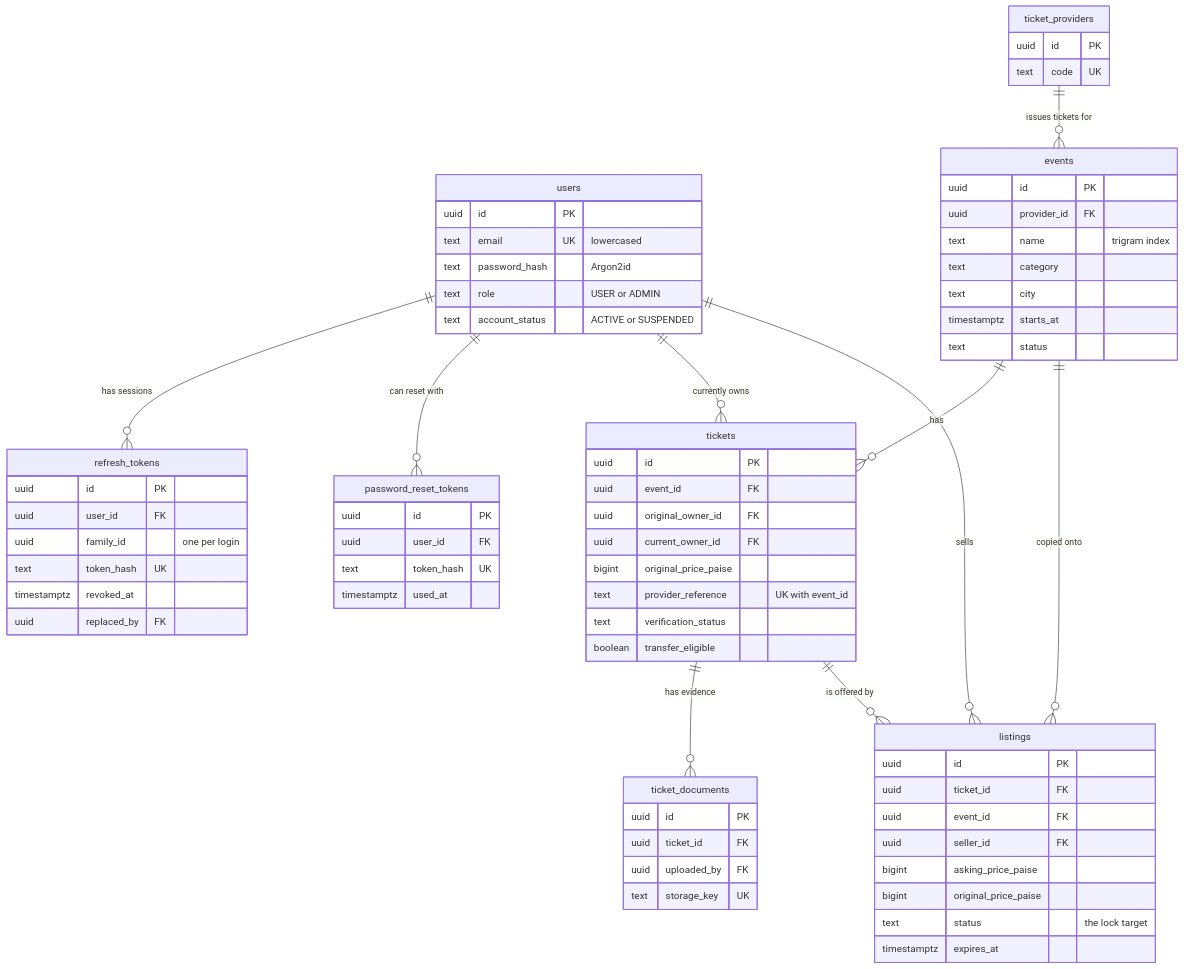
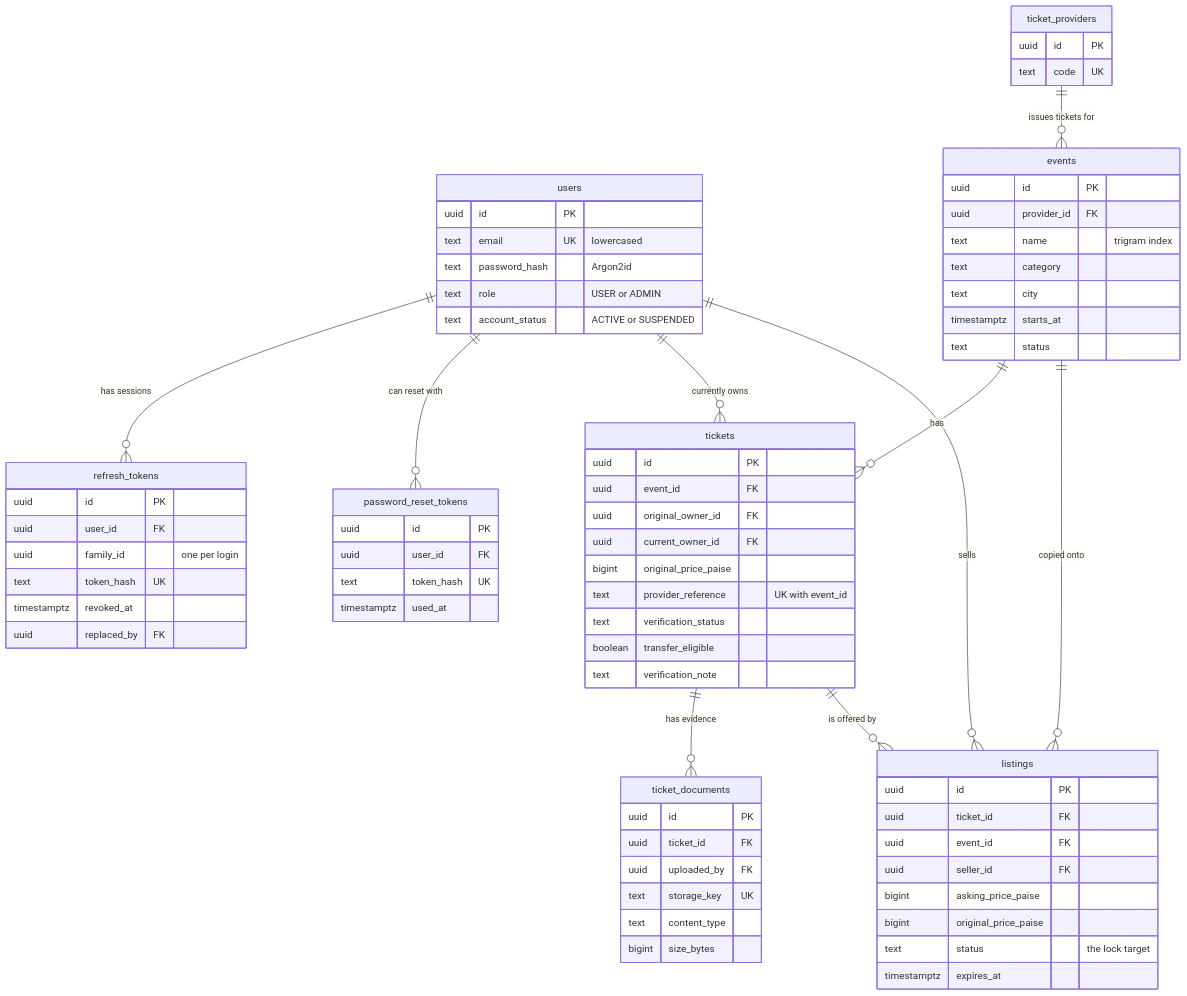
The first of 3 diagrams in docs/database-design.md (asw-beep/TicketLoop), drawn with Mermaid before and after one commit. The commit also changed other lines of this file and 81 other files, not shown here.

````diff
--- a/docs/database-design.md
+++ b/docs/database-design.md
@@ -25,73 +27,76 @@
 ```mermaid
 erDiagram
     users ||--o{ refresh_tokens : "has sessions"
     users ||--o{ password_reset_tokens : "can reset with"
     ticket_providers ||--o{ events : "issues tickets for"
     events ||--o{ tickets : "has"
     users ||--o{ tickets : "currently owns"
     tickets ||--o{ ticket_documents : "has evidence"
     tickets ||--o{ listings : "is offered by"
     events ||--o{ listings : "copied onto"
     users ||--o{ listings : "sells"
 
     users {
         uuid id PK
         text email UK "lowercased"
         text password_hash "Argon2id"
         text role "USER or ADMIN"
         text account_status "ACTIVE or SUSPENDED"
     }
     refresh_tokens {
         uuid id PK
         uuid user_id FK
         uuid family_id "one per login"
         text token_hash UK
         timestamptz revoked_at
         uuid replaced_by FK
     }
     password_reset_tokens {
         uuid id PK
         uuid user_id FK
         text token_hash UK
         timestamptz used_at
     }
     ticket_providers {
         uuid id PK
         text code UK
     }
     events {
         uuid id PK
         uuid provider_id FK
         text name "trigram index"
         text category
         text city
         timestamptz starts_at
         text status
     }
     tickets {
         uuid id PK
         uuid event_id FK
         uuid original_owner_id FK
         uuid current_owner_id FK
         bigint original_price_paise
         text provider_reference "UK with event_id"
         text verification_status
         boolean transfer_eligible
+        text verification_note
     }
     ticket_documents {
         uuid id PK
         uuid ticket_id FK
         uuid uploaded_by FK
         text storage_key UK
+        text content_type
+        bigint size_bytes
     }
     listings {
         uuid id PK
         uuid ticket_id FK
         uuid event_id FK
         uuid seller_id FK
         bigint asking_price_paise
         bigint original_price_paise
         text status "the lock target"
         timestamptz expires_at
     }
 ```
````
